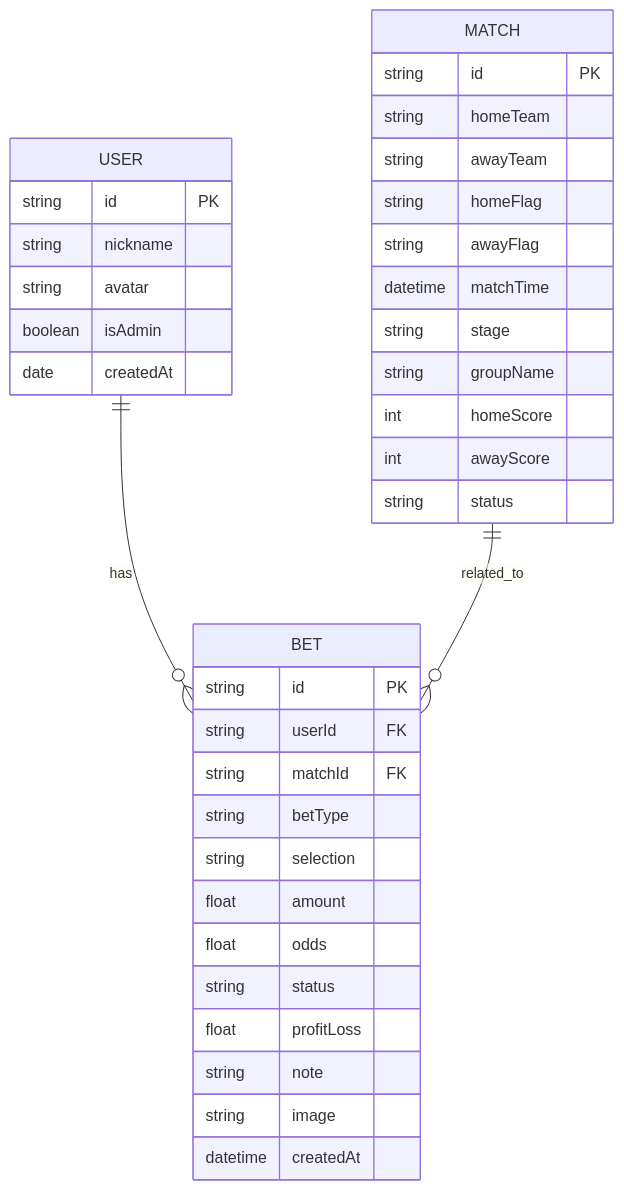
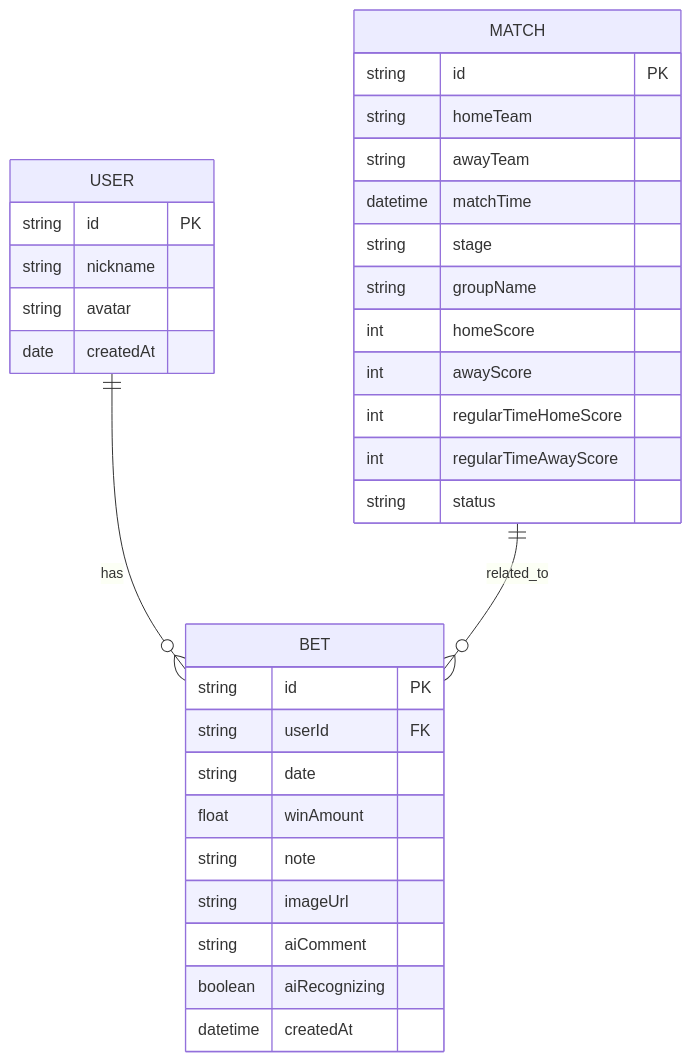
One commit to x1ngodlike/ranking-website changed the second of 2 diagrams in .trae/documents/技术架构-世界杯体彩收支统计排行榜.md. Above: the diagram before and after it, drawn with Mermaid. The commit also changed other lines of this file and 44 other files, not shown here.

````diff
--- a/.trae/documents/技术架构-世界杯体彩收支统计排行榜.md
+++ b/.trae/documents/技术架构-世界杯体彩收支统计排行榜.md
@@ -67,42 +88,38 @@
 ```mermaid
 erDiagram
     USER ||--o{ BET : has
     MATCH ||--o{ BET : related_to
 
     USER {
         string id PK
         string nickname
         string avatar
-        boolean isAdmin
         date createdAt
     }
 
     MATCH {
         string id PK
         string homeTeam
         string awayTeam
-        string homeFlag
-        string awayFlag
         datetime matchTime
         string stage
         string groupName
         int homeScore
         int awayScore
+        int regularTimeHomeScore
+        int regularTimeAwayScore
         string status
     }
 
     BET {
         string id PK
         string userId FK
-        string matchId FK
-        string betType
-        string selection
-        float amount
-        float odds
-        string status
-        float profitLoss
+        string date
+        float winAmount
         string note
-        string image
+        string imageUrl
+        string aiComment
+        boolean aiRecognizing
         datetime createdAt
     }
 ```
````
